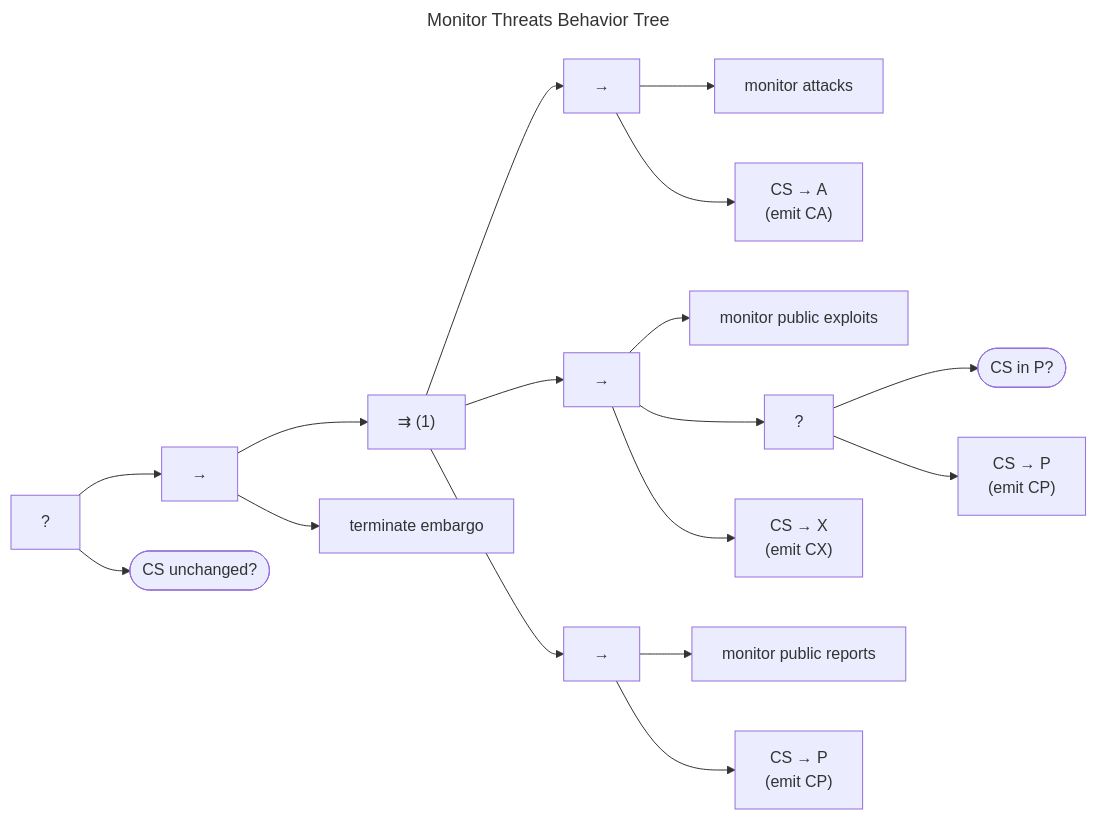
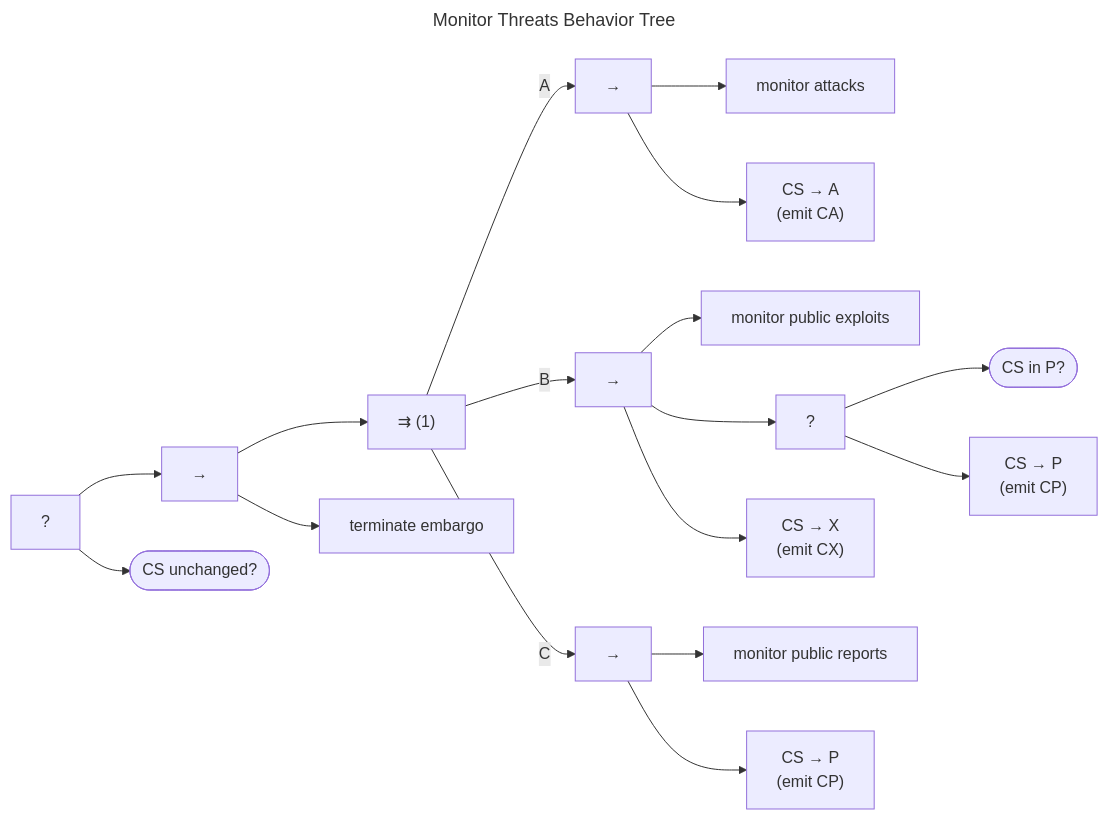
One commit to CERTCC/Vultron changed the diagram in docs/topics/behavior_logic/monitor_threats_bt.md. Above: the diagram before and after it, drawn with Mermaid. The commit also changed other lines of this file and 16 other files, not shown here.

````diff
--- a/docs/topics/behavior_logic/monitor_threats_bt.md
+++ b/docs/topics/behavior_logic/monitor_threats_bt.md
@@ -5,39 +5,39 @@
 ```mermaid
 ---
 title: Monitor Threats Behavior Tree
 ---
 flowchart LR
     fb["?"]
     seq["&rarr;"]
     fb --> seq
     par["#8649; (1)"]
     seq --> par
     at_seq["&rarr;"]
-    par --> at_seq
+    par -->|A| at_seq
     mon_attacks["monitor attacks"]
     at_seq --> mon_attacks
     cs_to_A["CS &rarr; A<br/>(emit CA)"]
     at_seq --> cs_to_A
     ex_seq["&rarr;"]
-    par --> ex_seq
+    par -->|B| ex_seq
     mon_exploits["monitor public exploits"]
     ex_seq --> mon_exploits
     ex_fb["?"]
     ex_seq --> ex_fb
     cs_in_P(["CS in P?"])
     ex_fb --> cs_in_P
     cs_to_P["CS &rarr; P<br/>(emit CP)"]
     ex_fb --> cs_to_P
     cs_to_X["CS &rarr; X<br/>(emit CX)"]
     ex_seq --> cs_to_X
     rep_seq["&rarr;"]
-    par --> rep_seq
+    par -->|C| rep_seq
     mon_reports["monitor public reports"]
     rep_seq --> mon_reports
     rep_cs_to_P["CS &rarr; P<br/>(emit CP)"]
     rep_seq --> rep_cs_to_P
     term_embargo["terminate embargo"]
     seq --> term_embargo
     cs_unchanged(["CS unchanged?"])
     fb --> cs_unchanged
 ```
````
